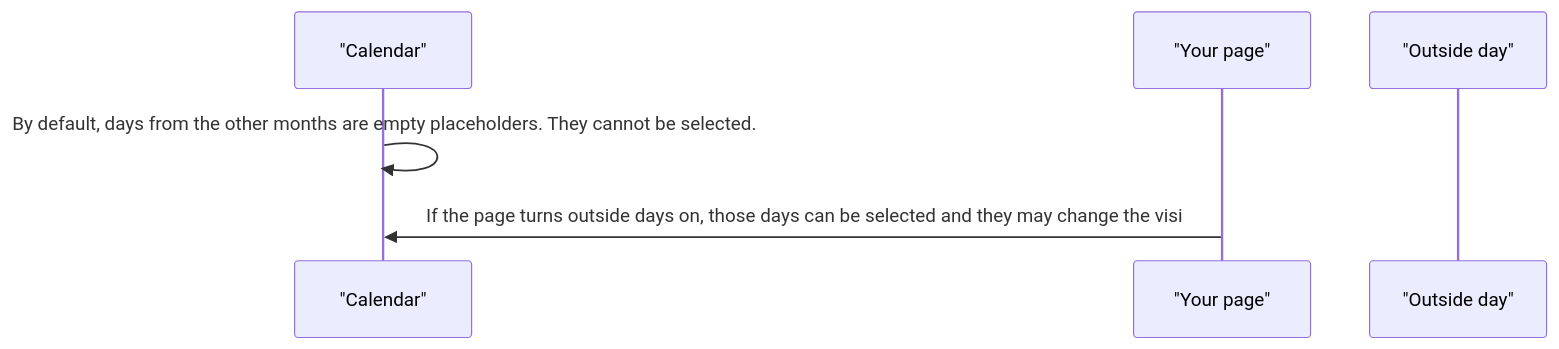
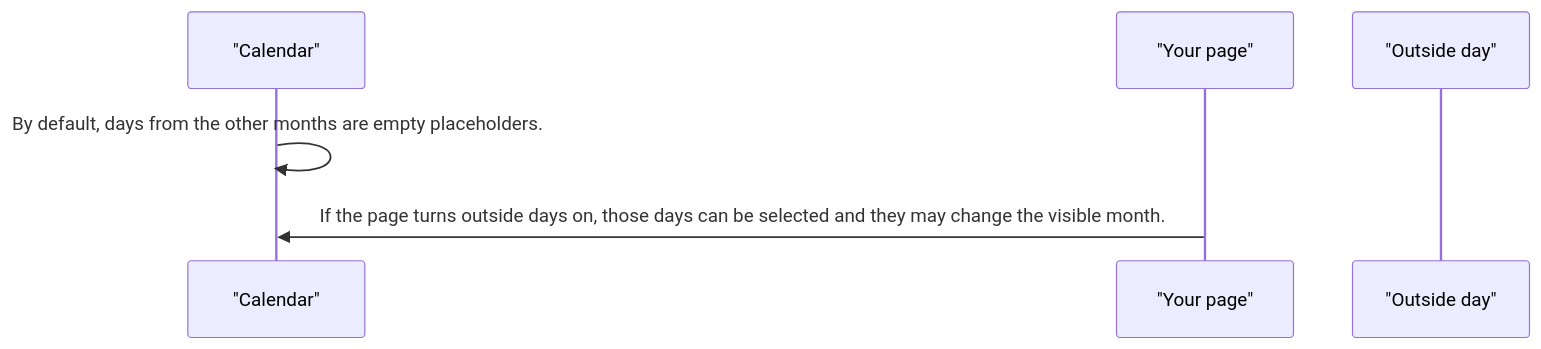
One commit to RajshekharBorate/pixel-ui changed the third of 3 diagrams in projects/pixel-ui/src/lib/pixel-calendar/DESIGN.md. Above: the diagram before and after it, drawn with Mermaid. The commit also changed other lines of this file and 80 other files, not shown here.

Commit message:
Fill missing design flows and correct the stories that did not match component behavior.

````diff
--- a/projects/pixel-ui/src/lib/pixel-calendar/DESIGN.md
+++ b/projects/pixel-ui/src/lib/pixel-calendar/DESIGN.md
@@ -57,8 +57,8 @@
 ```mermaid
 sequenceDiagram
   participant cal as "Calendar"
   participant page as "Your page"
   participant out as "Outside day"
-  cal->>cal: By default, days from the other months are empty placeholders. They cannot be selected.
-  page->>cal: If the page turns outside days on, those days can be selected and they may change the visi
+  cal->>cal: By default, days from the other months are empty placeholders.
+  page->>cal: If the page turns outside days on, those days can be selected and they may change the visible month.
 ```
````
